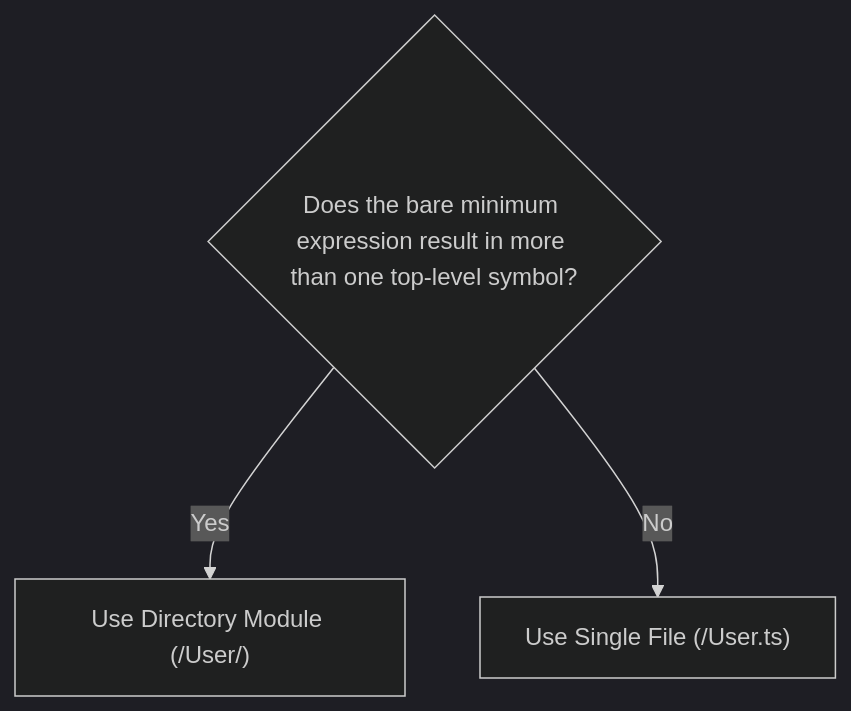
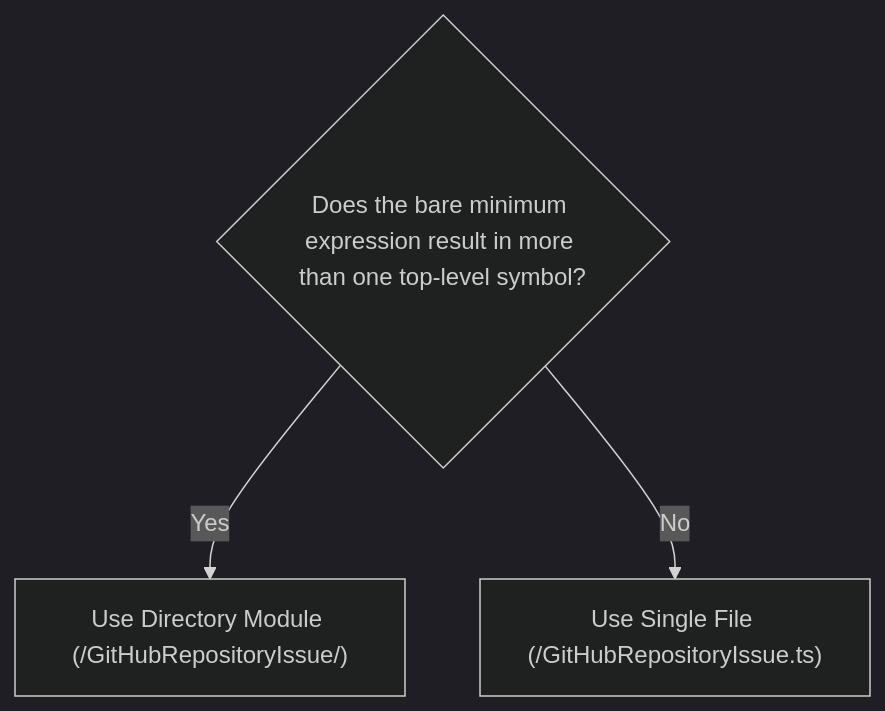
One commit to nod-ai/shark-ui changed the diagram in docs/architecture/modules/selecting-structure.md. Above: the diagram before and after it, drawn with Mermaid (dark theme). The commit also changed other lines of this file, not shown here.

Commit message:
docs(architecture): trades `User` example for `GitHubRepositoryIssue` example in "/modules/selecting-structure"

````diff
--- a/docs/architecture/modules/selecting-structure.md
+++ b/docs/architecture/modules/selecting-structure.md
@@ -17,9 +17,9 @@
 ```mermaid
 flowchart TB
   Guard_A{"Does the bare minimum expression result in more than one top-level symbol?"}
-  Module_Directory["Use Directory Module (/User/)"]
-  Module_SingleFile["Use Single File (/User.ts)"]
+  Module_Directory["Use Directory Module (/GitHubRepositoryIssue/)"]
+  Module_SingleFile["Use Single File (/GitHubRepositoryIssue.ts)"]
 
   Guard_A -- Yes --> Module_Directory
   Guard_A -- No --> Module_SingleFile
 ```
````
